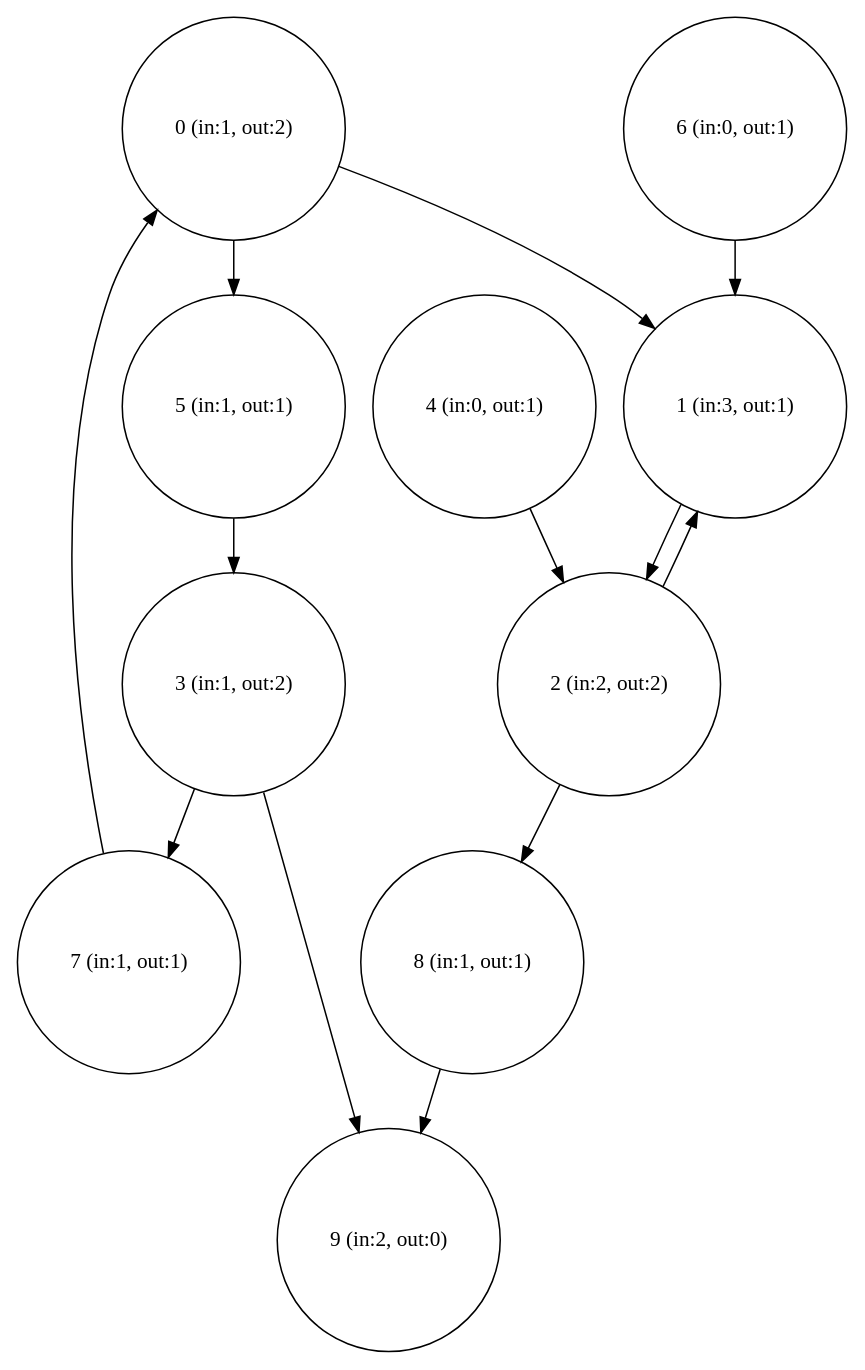
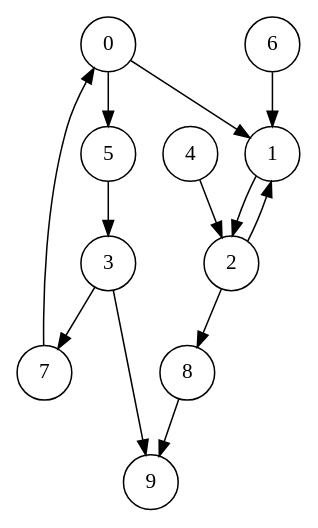
The diagram in Laboratorio Algoritmi/consegne/consegna-3/grafo-connesso.dot (AndrewStorci7/unipr), drawn with Graphviz before and after one commit. The commit also changed 17 other files, not shown here.

```diff
--- a/Laboratorio Algoritmi/consegne/consegna-3/grafo-connesso.dot
+++ b/Laboratorio Algoritmi/consegne/consegna-3/grafo-connesso.dot
@@ -1,25 +1,25 @@
 digraph G {
     node [shape=circle];
-    0 [label="0 (in:1, out:2)"];
+    0 [label="0"];
     0 -> 5;
     0 -> 1;
-    1 [label="1 (in:3, out:1)"];
+    1 [label="1"];
     1 -> 2;
-    2 [label="2 (in:2, out:2)"];
+    2 [label="2"];
     2 -> 8;
     2 -> 1;
-    3 [label="3 (in:1, out:2)"];
+    3 [label="3"];
     3 -> 9;
     3 -> 7;
-    4 [label="4 (in:0, out:1)"];
+    4 [label="4"];
     4 -> 2;
-    5 [label="5 (in:1, out:1)"];
+    5 [label="5"];
     5 -> 3;
-    6 [label="6 (in:0, out:1)"];
+    6 [label="6"];
     6 -> 1;
-    7 [label="7 (in:1, out:1)"];
+    7 [label="7"];
     7 -> 0;
-    8 [label="8 (in:1, out:1)"];
+    8 [label="8"];
     8 -> 9;
-    9 [label="9 (in:2, out:0)"];
+    9 [label="9"];
 }
```
